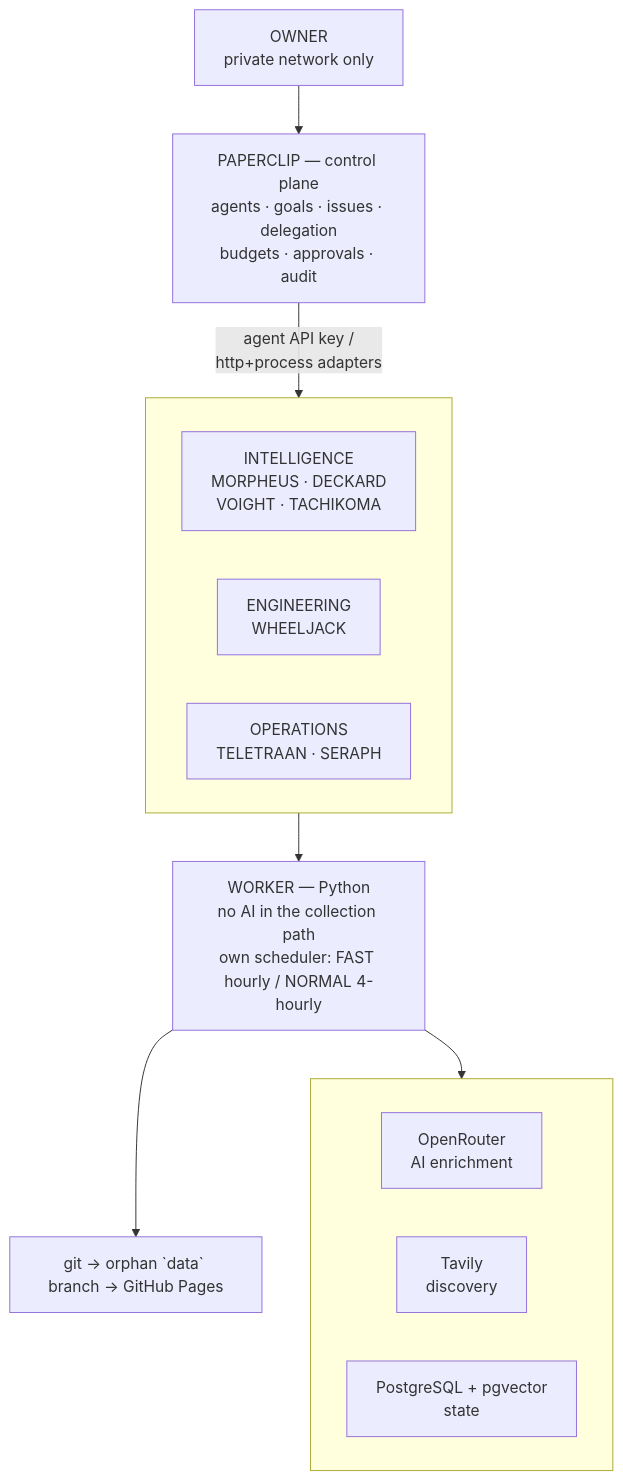
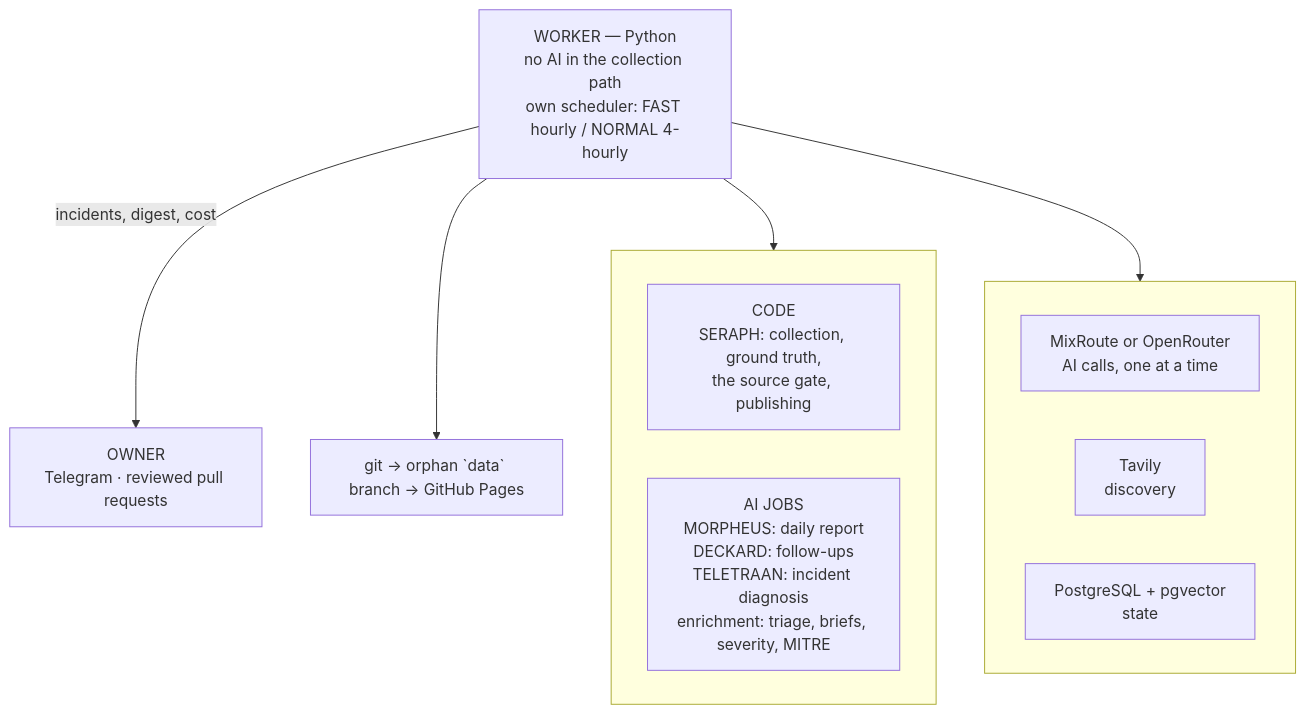
The diagram in README.md (happycode0/CyberPulse-AI), drawn with Mermaid before and after one commit. The commit also changed other lines of this file and 9 other files, not shown here.

First line of the commit message:
Docs: Paperclip is retired; the crew's jobs run in the worker

````diff
--- a/README.md
+++ b/README.md
@@ -39,30 +41,27 @@
 ```mermaid
 flowchart TB
-    OWNER["OWNER<br/>private network only"]
-    PAPERCLIP["PAPERCLIP — control plane<br/>agents · goals · issues · delegation<br/>budgets · approvals · audit"]
-    OWNER --> PAPERCLIP
+    OWNER["OWNER<br/>Telegram · reviewed pull requests"]
 
-    subgraph CREW[" "]
+    WORKER["WORKER — Python<br/>no AI in the collection path<br/>own scheduler: FAST hourly / NORMAL 4-hourly"]
+
+    subgraph JOBS[" "]
         direction LR
-        A_INT["INTELLIGENCE<br/>MORPHEUS · DECKARD<br/>VOIGHT · TACHIKOMA"]
-        A_ENG["ENGINEERING<br/>WHEELJACK"]
-        A_OPS["OPERATIONS<br/>TELETRAAN · SERAPH"]
+        J_CODE["CODE<br/>SERAPH: collection, ground truth,<br/>the source gate, publishing"]
+        J_AI["AI JOBS<br/>MORPHEUS: daily report<br/>DECKARD: follow-ups<br/>TELETRAAN: incident diagnosis<br/>enrichment: triage, briefs, severity, MITRE"]
     end
 
-    PAPERCLIP -- "agent API key /<br/>http+process adapters" --> CREW
-
-    WORKER["WORKER — Python<br/>no AI in the collection path<br/>own scheduler: FAST hourly / NORMAL 4-hourly"]
-    CREW --> WORKER
+    WORKER --> JOBS
+    WORKER -- "incidents, digest, cost" --> OWNER
 
     subgraph DEPS[" "]
         direction LR
-        OPENROUTER["OpenRouter<br/>AI enrichment"]
+        AI["MixRoute or OpenRouter<br/>AI calls, one at a time"]
         TAVILY["Tavily<br/>discovery"]
         DB["PostgreSQL + pgvector<br/>state"]
     end
 
     WORKER --> DEPS
 
     PAGES["git → orphan `data` branch → GitHub Pages"]
     WORKER --> PAGES
 ```
````
